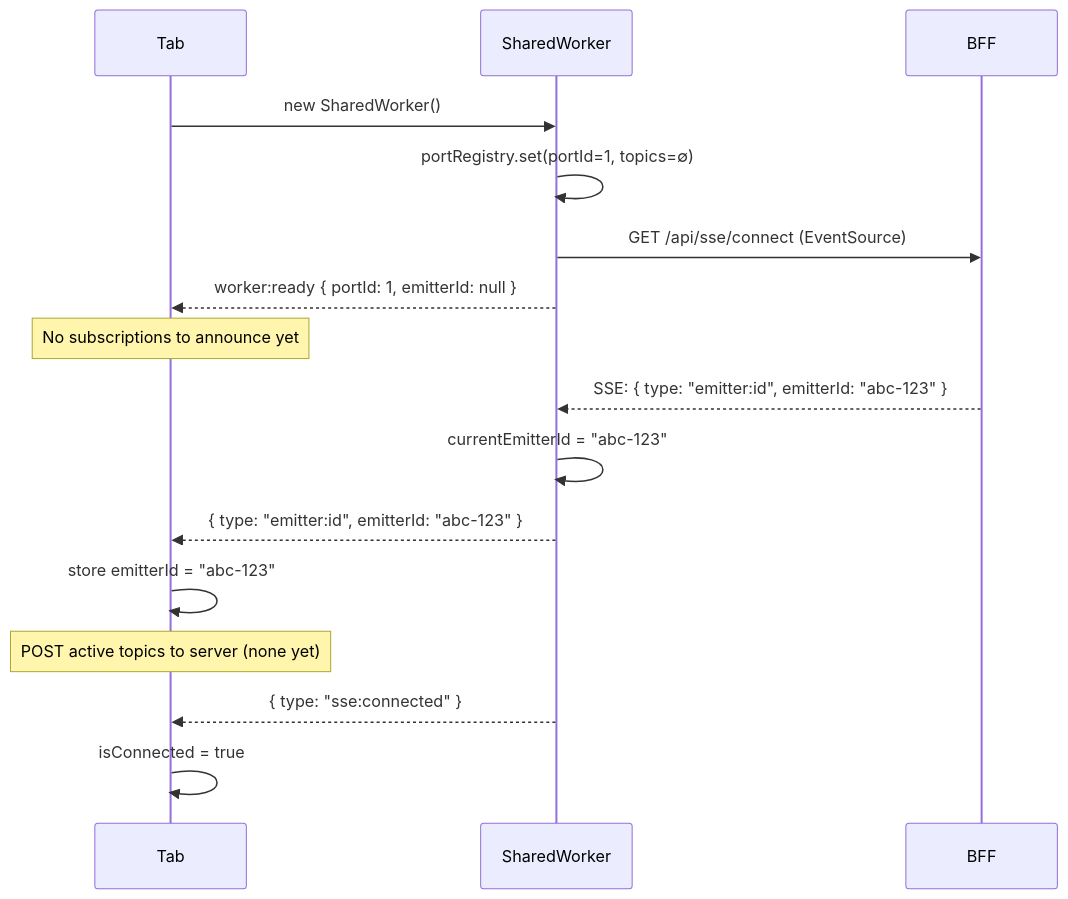
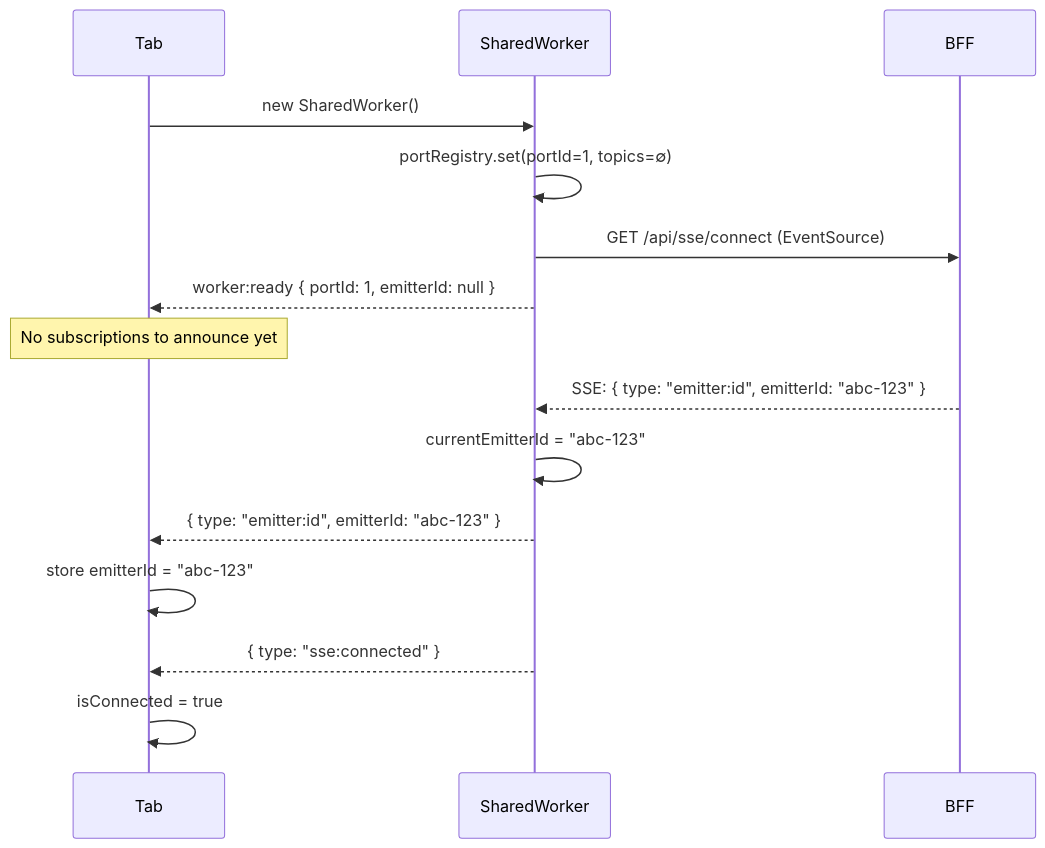
Before and after one commit to iarroyo/sse-demo: the first of 7 diagrams in SSE-DIAGRAMS.md, drawn with Mermaid.

Commit message:
docs(diagrams): remove misleading note about topic POST in diagram 1

````diff
--- a/SSE-DIAGRAMS.md
+++ b/SSE-DIAGRAMS.md
@@ -13,21 +13,20 @@
 ```mermaid
 sequenceDiagram
     participant Tab
     participant Worker as SharedWorker
     participant Server as BFF
 
     Tab->>Worker: new SharedWorker()
     Worker->>Worker: portRegistry.set(portId=1, topics=∅)
     Worker->>Server: GET /api/sse/connect (EventSource)
     Worker-->>Tab: worker:ready { portId: 1, emitterId: null }
     Note over Tab: No subscriptions to announce yet
 
     Server-->>Worker: SSE: { type: "emitter:id", emitterId: "abc-123" }
     Worker->>Worker: currentEmitterId = "abc-123"
     Worker-->>Tab: { type: "emitter:id", emitterId: "abc-123" }
     Tab->>Tab: store emitterId = "abc-123"
-    Note over Tab: POST active topics to server (none yet)
 
     Worker-->>Tab: { type: "sse:connected" }
     Tab->>Tab: isConnected = true
 ```
````
